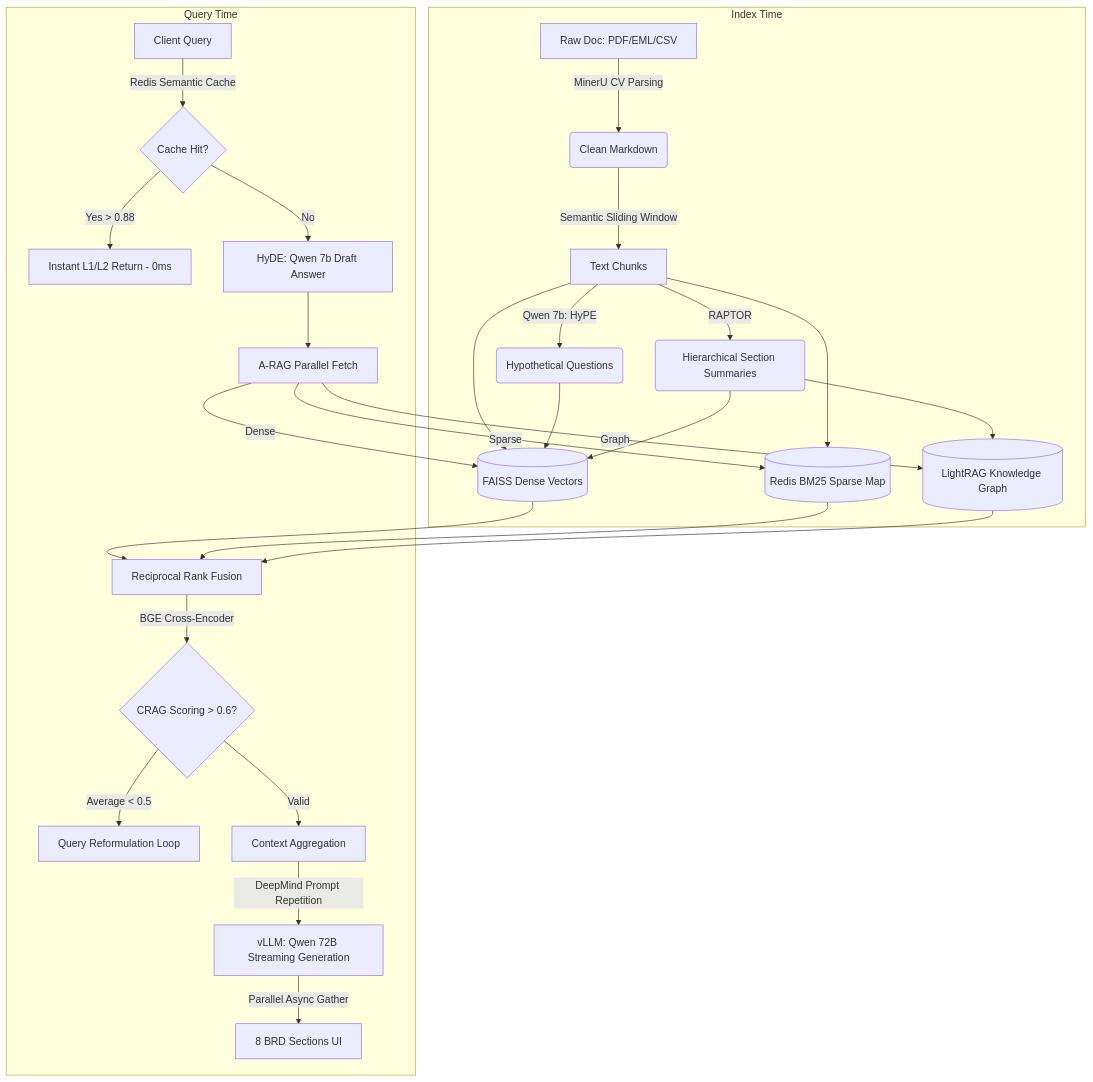
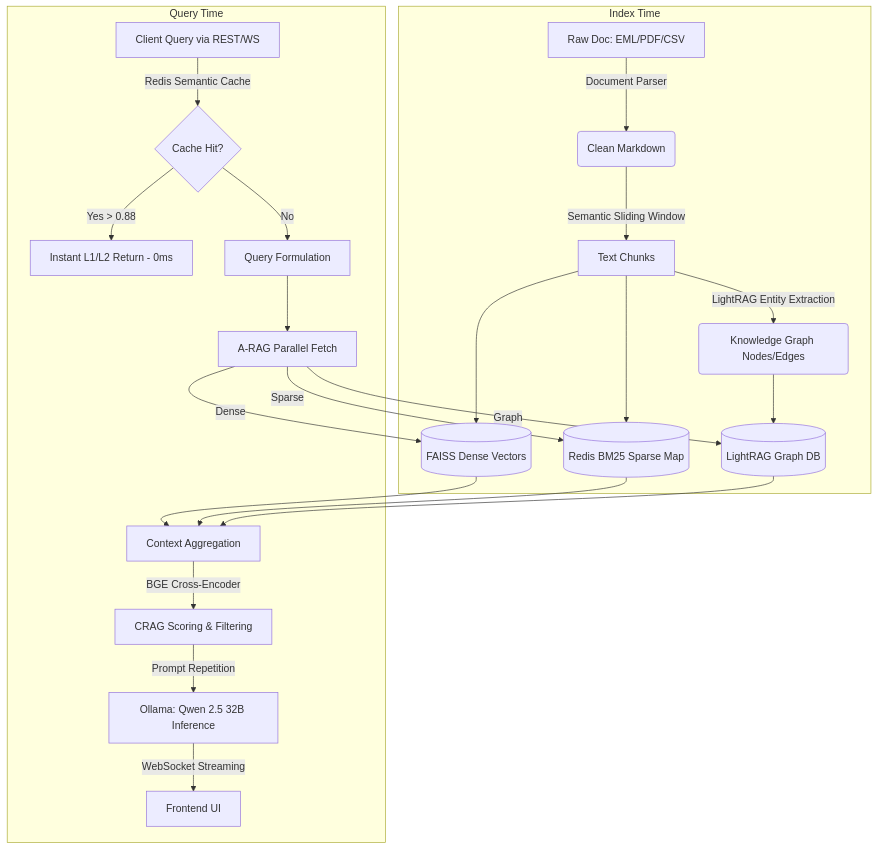
Before and after one commit to auraCodesKM/brdAgentBackend: the diagram in README.md, drawn with Mermaid. The commit also changed other lines of this file and 13 other files, not shown here.

Commit message:
feat: complete backend architecture with LightRAG, WebSockets, Traceability and Conflict systems

````diff
--- a/README.md
+++ b/README.md
@@ -31,36 +25,32 @@
 ```mermaid
 graph TD
     %% Ingestion Flow
     subgraph Ingestion Pipeline [Index Time]
-        A[Raw Doc: PDF/EML/CSV] -->|MinerU CV Parsing| B(Clean Markdown)
+        A[Raw Doc: EML/PDF/CSV] -->|Document Parser| B(Clean Markdown)
         B -->|Semantic Sliding Window| C[Text Chunks]
-        C -->|Qwen 7b: HyPE| D(Hypothetical Questions)
-        C -->|RAPTOR| E(Hierarchical Section Summaries)
+        C -->|LightRAG Entity Extraction| D(Knowledge Graph Nodes/Edges)
         
-        C & D & E --> F[(FAISS Dense Vectors)]
+        C --> F[(FAISS Dense Vectors)]
         C --> G[(Redis BM25 Sparse Map)]
-        E --> H[(LightRAG Knowledge Graph)]
+        D --> H[(LightRAG Graph DB)]
     end
 
     %% Retrieval Flow
     subgraph Generation Pipeline [Query Time]
-        I[Client Query] -->|Redis Semantic Cache| J{Cache Hit?}
+        I[Client Query via REST/WS] -->|Redis Semantic Cache| J{Cache Hit?}
         J -->|Yes > 0.88| K[Instant L1/L2 Return - 0ms]
         
-        J -->|No| L[HyDE: Qwen 7b Draft Answer]
+        J -->|No| L[Query Formulation]
         L --> M[A-RAG Parallel Fetch]
         
         M -->|Dense| F
         M -->|Sparse| G
         M -->|Graph| H
         
-        F & G & H --> N[Reciprocal Rank Fusion]
-        N -->|BGE Cross-Encoder| O{CRAG Scoring > 0.6?}
+        F & G & H --> N[Context Aggregation]
+        N -->|BGE Cross-Encoder| O[CRAG Scoring & Filtering]
         
-        O -->|Average < 0.5| P[Query Reformulation Loop]
-        O -->|Valid| Q[Context Aggregation]
-        
-        Q -->|DeepMind Prompt Repetition| R[vLLM: Qwen 72B Streaming Generation]
-        R -->|Parallel Async Gather| S[8 BRD Sections UI]
+        O -->|Prompt Repetition| R[Ollama: Qwen 2.5 32B Inference]
+        R -->|WebSocket Streaming| S[Frontend UI]
     end
 ```
````
